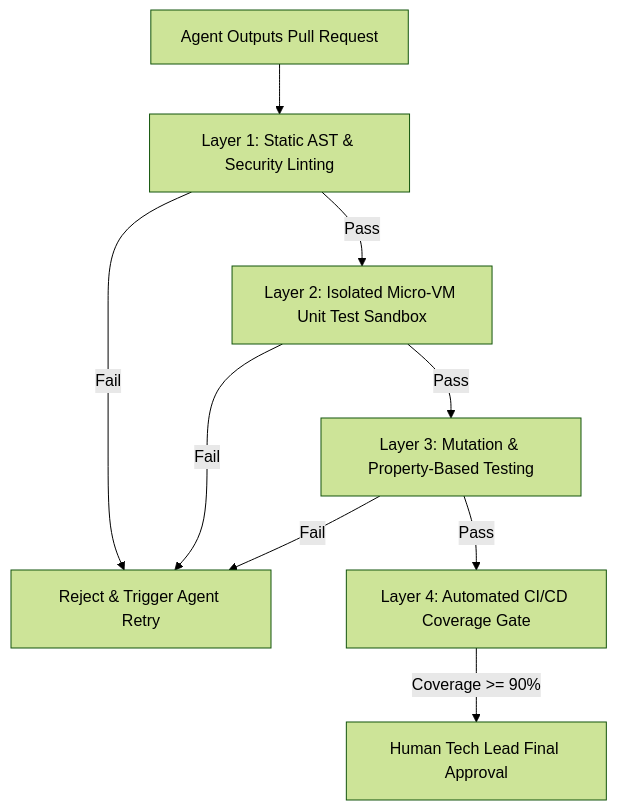
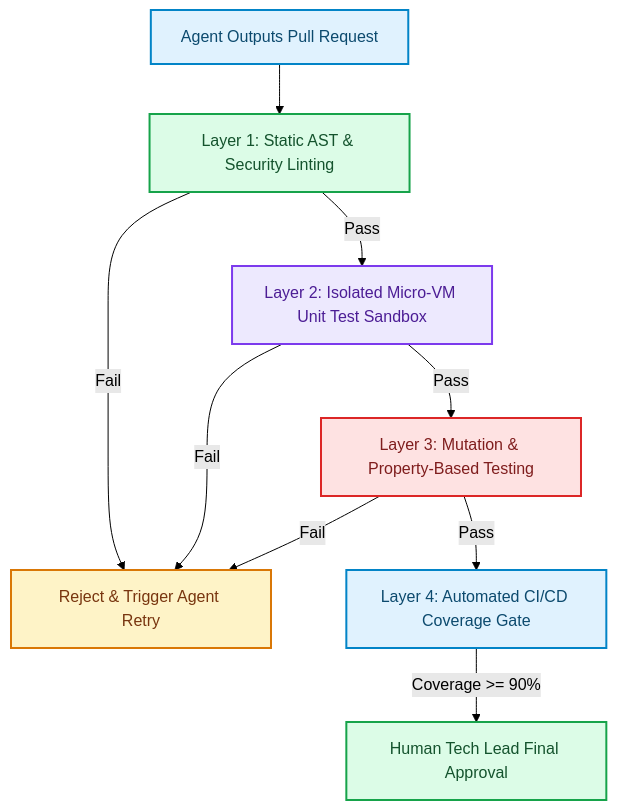
The diagram in blog/posts/tech-lead-verification-architecture-shift-left-testing-gates.md (akmalkhaniub/akmalkhaniub.github.io), drawn with Mermaid (forest theme) before and after one commit. The commit also changed other lines of this file and 1291 other files, not shown here.

First line of the commit message:
feat(catalog): unique covers, scholarly references, and diagram palettes

````diff
--- a/blog/posts/tech-lead-verification-architecture-shift-left-testing-gates.md
+++ b/blog/posts/tech-lead-verification-architecture-shift-left-testing-gates.md
@@ -15,11 +15,22 @@
 ```mermaid
 flowchart TD
-  A[Agent Outputs Pull Request] --> B[Layer 1: Static AST & Security Linting]
-  B -->|Pass| C[Layer 2: Isolated Micro-VM Unit Test Sandbox]
-  B -->|Fail| X[Reject & Trigger Agent Retry]
-  C -->|Pass| D[Layer 3: Mutation & Property-Based Testing]
+  A["Agent Outputs Pull Request"] --> B["Layer 1: Static AST & Security Linting"]
+  B -->|Pass| C["Layer 2: Isolated Micro-VM Unit Test Sandbox"]
+  B -->|Fail| X["Reject & Trigger Agent Retry"]
+  C -->|Pass| D["Layer 3: Mutation & Property-Based Testing"]
   C -->|Fail| X
-  D -->|Pass| E[Layer 4: Automated CI/CD Coverage Gate]
+  D -->|Pass| E["Layer 4: Automated CI/CD Coverage Gate"]
   D -->|Fail| X
-  E -->|Coverage >= 90%| F[Human Tech Lead Final Approval]
+  E -->|Coverage >= 90%| F["Human Tech Lead Final Approval"]
+
+classDef green fill:#dcfce7,stroke:#16a34a,stroke-width:2px,color:#14532d;
+classDef red fill:#fee2e2,stroke:#dc2626,stroke-width:2px,color:#7f1d1d;
+classDef blue fill:#e0f2fe,stroke:#0284c7,stroke-width:2px,color:#0c4a6e;
+classDef yellow fill:#fef3c7,stroke:#d97706,stroke-width:2px,color:#78350f;
+classDef purple fill:#ede9fe,stroke:#7c3aed,stroke-width:2px,color:#4c1d95;
+class A,E blue
+class B,F green
+class C purple
+class X yellow
+class D red
 ```
````
